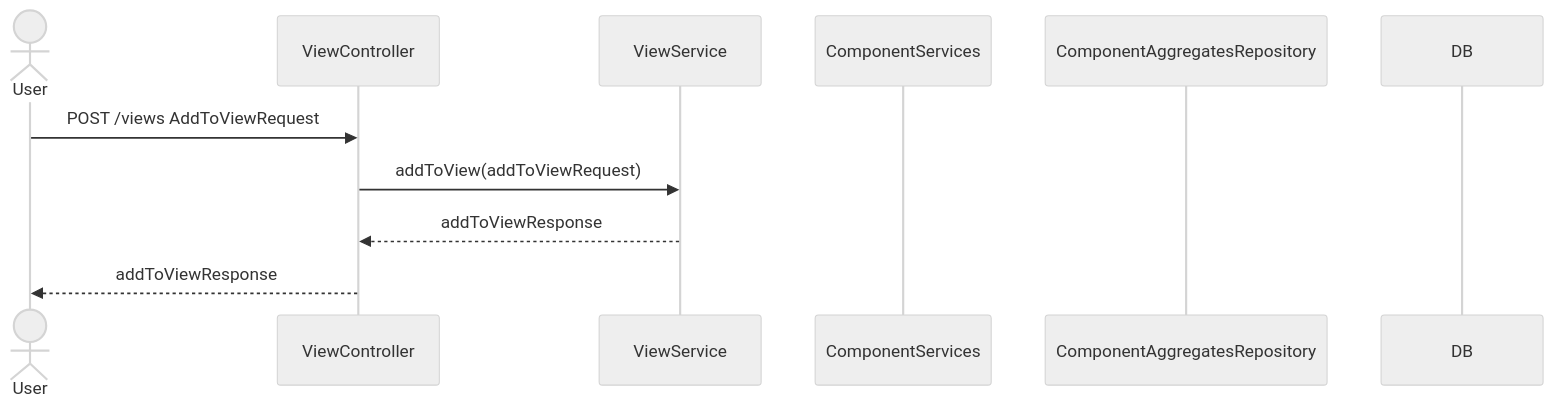
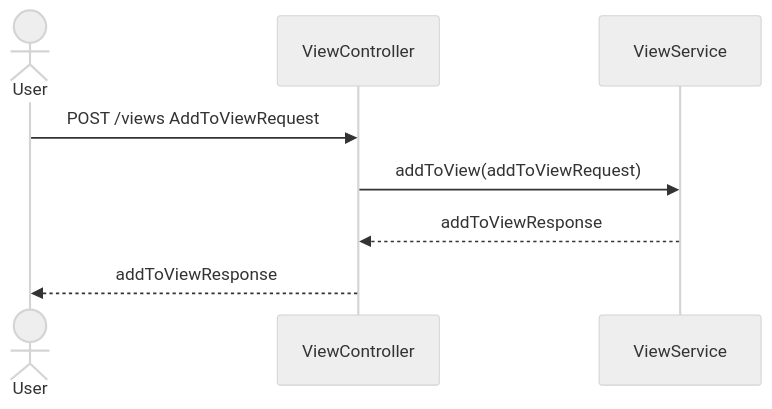
One commit to playfulCloud/Dream-tracker changed the third of 3 diagrams in Iteration2-features-specification.md. Above: the diagram before and after it, drawn with Mermaid (neutral theme).

````diff
--- a/Iteration2-features-specification.md
+++ b/Iteration2-features-specification.md
@@ -66,14 +66,11 @@
 ```mermaid
 sequenceDiagram
     actor User
     participant ViewController
     participant ViewService
-    participant ComponentServices
-    participant ComponentAggregatesRepository
-    participant DB
 
     User->>ViewController: POST /views AddToViewRequest
     ViewController->>ViewService: addToView(addToViewRequest)
     ViewService-->>ViewController: addToViewResponse
     ViewController-->>User: addToViewResponse
 ```
````
